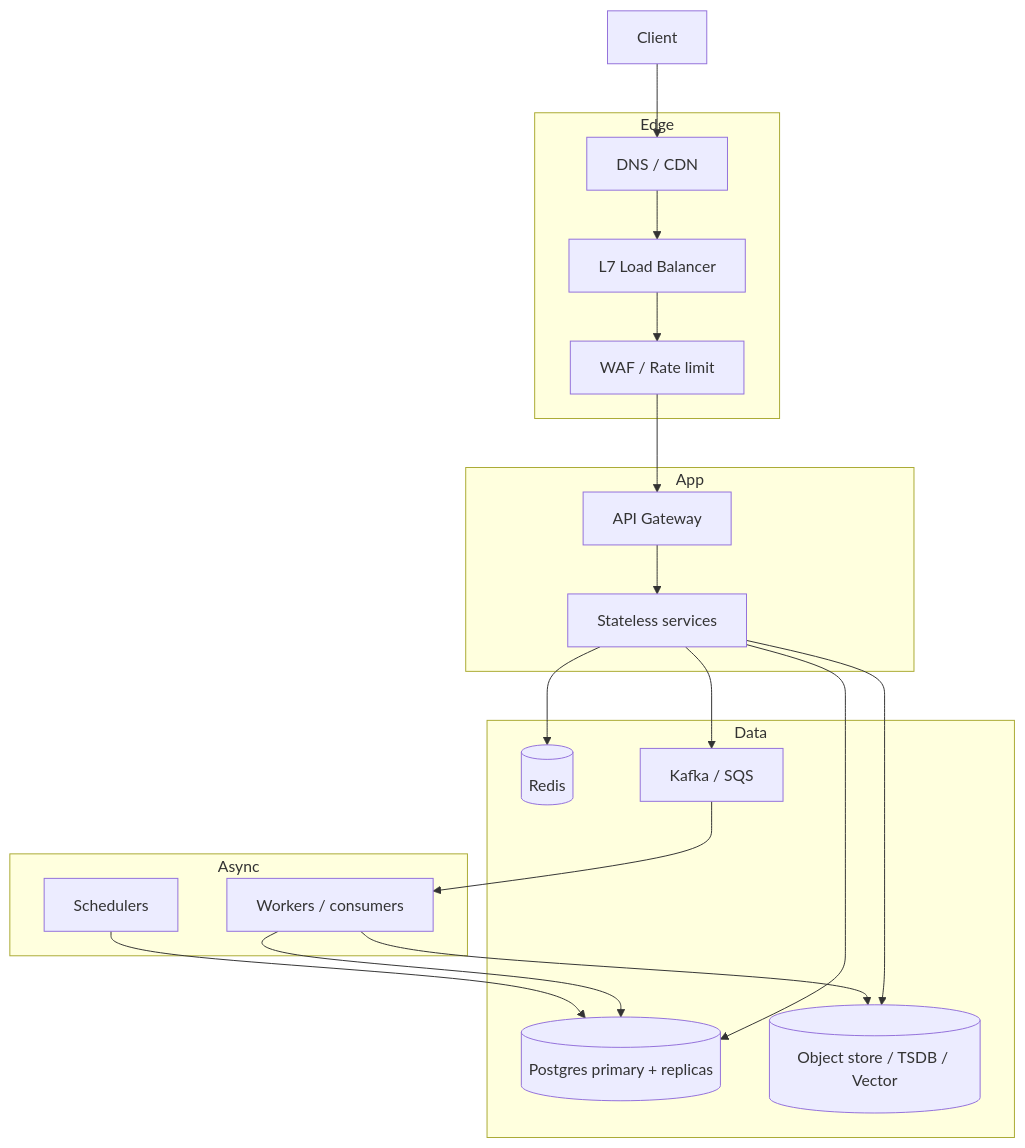
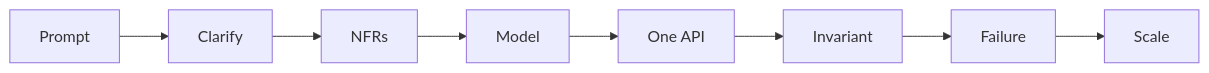
The first of 32 diagrams in system_design.md (Chirumamilla1522/c3-ai), drawn with Mermaid before and after one commit. The commit also changed other lines of this file and 1 other file, not shown here.

````diff
--- a/system_design.md
+++ b/system_design.md
@@ -123,31 +56,10 @@
 ```mermaid
-flowchart TB
-  subgraph Edge
-    DNS[DNS / CDN]
-    LB[L7 Load Balancer]
-    WAF[WAF / Rate limit]
-  end
-  subgraph App
-    GW[API Gateway]
-    Svc[Stateless services]
-  end
-  subgraph Data
-    Cache[(Redis)]
-    Q[Kafka / SQS]
-    OLTP[(Postgres primary + replicas)]
-    Obj[(Object store / TSDB / Vector)]
-  end
-  subgraph Async
-    Workers[Workers / consumers]
-    Cron[Schedulers]
-  end
-  Client --> DNS --> LB --> WAF --> GW --> Svc
-  Svc --> Cache
-  Svc --> OLTP
-  Svc --> Q
-  Svc --> Obj
-  Q --> Workers
-  Workers --> OLTP
-  Workers --> Obj
-  Cron --> OLTP
+flowchart LR
+  P[Prompt] --> C[Clarify]
+  C --> N[NFRs]
+  N --> M[Model]
+  M --> A[One API]
+  A --> I[Invariant]
+  I --> F[Failure]
+  F --> S[Scale]
 ```
````
